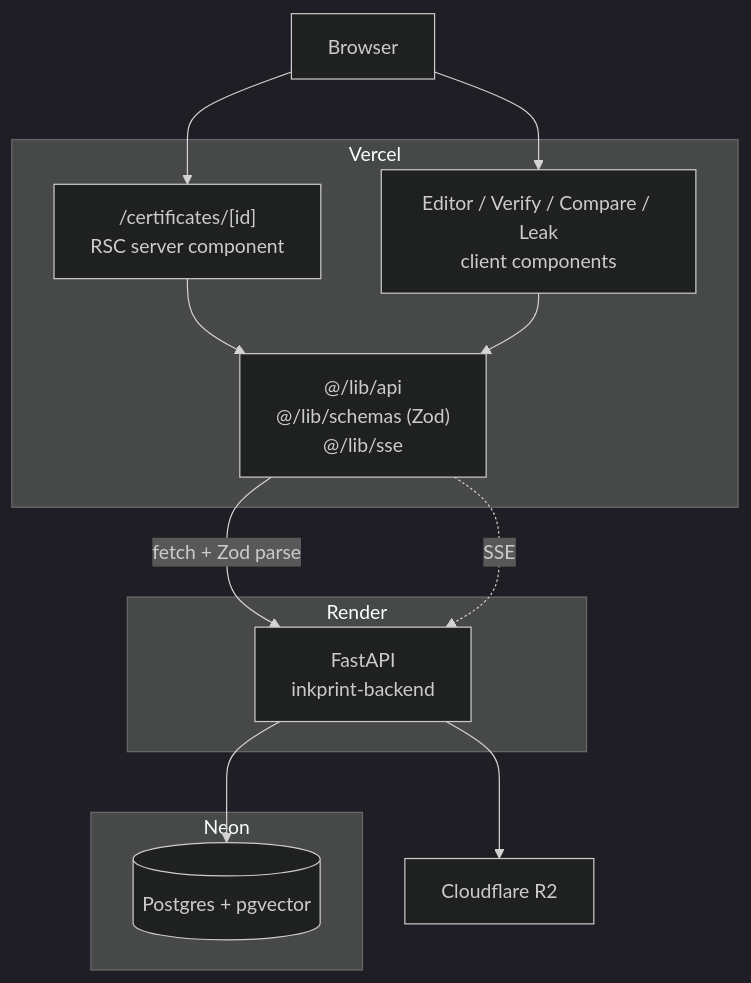
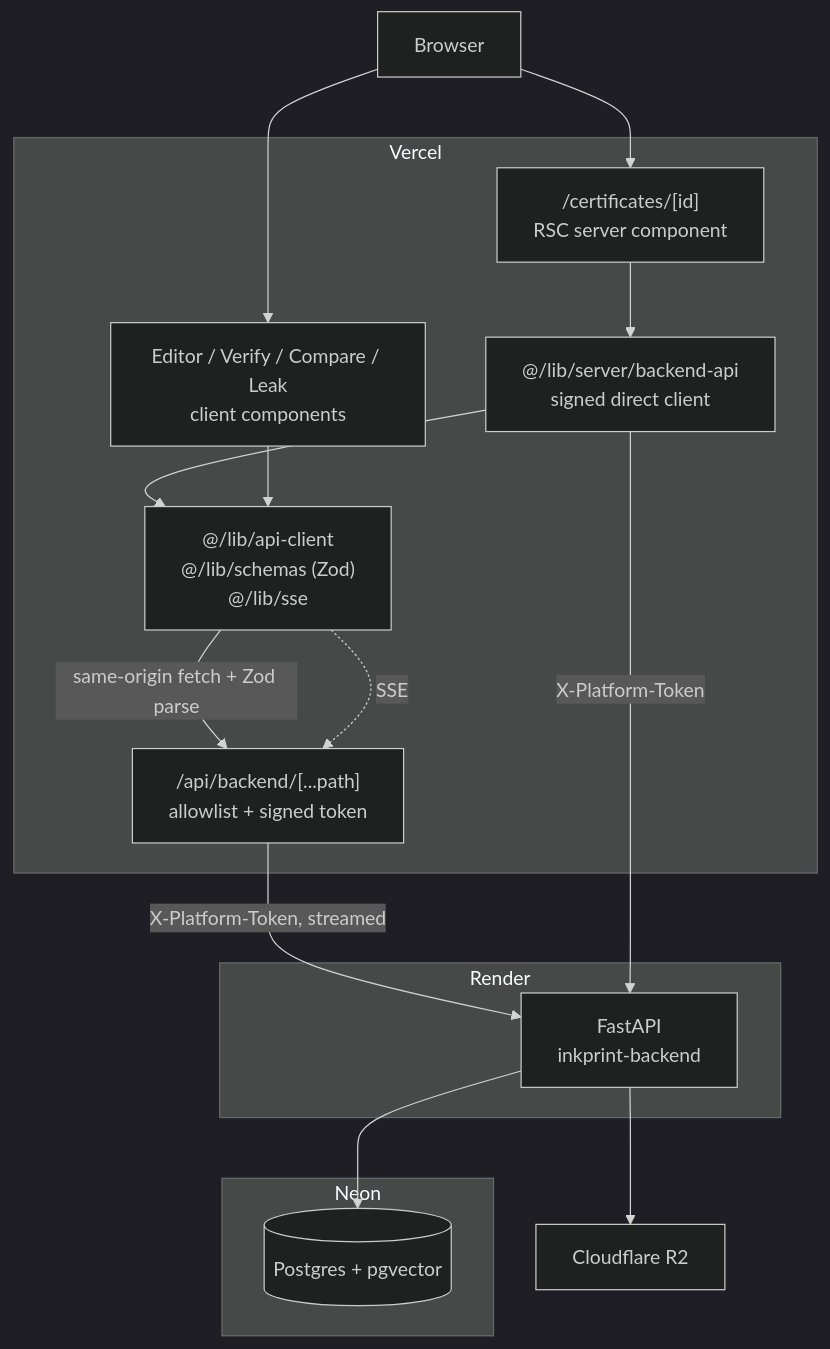
One commit to Abdul-Muizz1310/inkprint-frontend changed the first of 2 diagrams in docs/ARCHITECTURE.md. Above: the diagram before and after it, drawn with Mermaid (dark theme). The commit also changed other lines of this file and 34 other files, not shown here.

First line of the commit message:
feat(api): proxy backend calls with a signed contract-v2 token

````diff
--- a/docs/ARCHITECTURE.md
+++ b/docs/ARCHITECTURE.md
@@ -11,25 +11,30 @@
 ```mermaid
 graph TD
   Browser[Browser]
   subgraph Vercel
     RSC["/certificates/[id]<br/>RSC server component"]
     Client["Editor / Verify / Compare / Leak<br/>client components"]
-    Lib["@/lib/api<br/>@/lib/schemas (Zod)<br/>@/lib/sse"]
+    Lib["@/lib/api-client<br/>@/lib/schemas (Zod)<br/>@/lib/sse"]
+    Proxy["/api/backend/[...path]<br/>allowlist + signed token"]
+    Signed["@/lib/server/backend-api<br/>signed direct client"]
   end
   subgraph Render
     API[FastAPI<br/>inkprint-backend]
   end
   subgraph Neon
     DB[(Postgres + pgvector)]
   end
   R2[Cloudflare R2]
 
   Browser --> RSC
   Browser --> Client
-  RSC --> Lib
+  RSC --> Signed
+  Signed --> Lib
   Client --> Lib
-  Lib -->|fetch + Zod parse| API
-  Lib -.SSE.-> API
+  Lib -->|same-origin fetch + Zod parse| Proxy
+  Lib -.SSE.-> Proxy
+  Proxy -->|X-Platform-Token, streamed| API
+  Signed -->|X-Platform-Token| API
   API --> DB
   API --> R2
 ```
````
